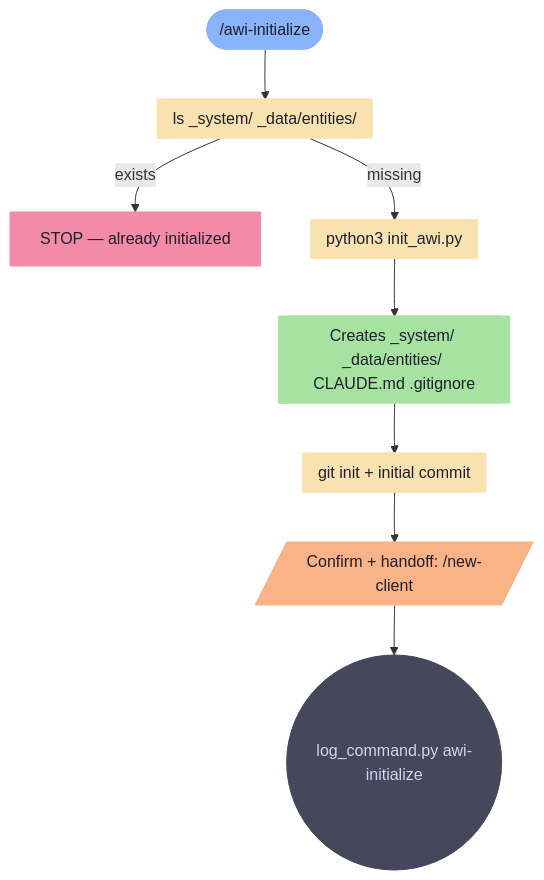
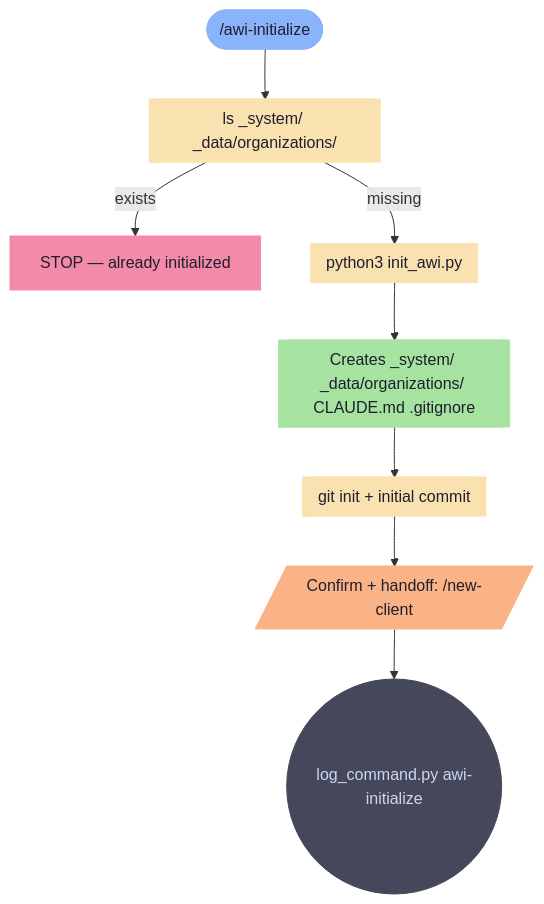
Before and after one commit to GuidoAmici/awi-core: the diagram in _system/agentic-workflow-integrator/skills/awi-initialize.md, drawn with Mermaid. The commit also changed 25 other files, not shown here.

````diff
--- a/_system/agentic-workflow-integrator/skills/awi-initialize.md
+++ b/_system/agentic-workflow-integrator/skills/awi-initialize.md
@@ -18,26 +18,26 @@
 ```mermaid
 graph TD
-    A(["/awi-initialize"]) --> B[["ls _system/ _data/entities/"]]
+    A(["/awi-initialize"]) --> B[["ls _system/ _data/organizations/"]]
     B -->|exists| C["STOP — already initialized"]
     B -->|missing| D[[python3 init_awi.py]]
-    D --> E[["Creates _system/ _data/entities/ CLAUDE.md .gitignore"]]
+    D --> E[["Creates _system/ _data/organizations/ CLAUDE.md .gitignore"]]
     E --> F[[git init + initial commit]]
     F --> G[/"Confirm + handoff: /new-client"/]
     G --> H((log_command.py awi-initialize))
 
     classDef entry  fill:#89b4fa,color:#1e1e2e,stroke:#89b4fa
     classDef ai     fill:#cba6f7,color:#1e1e2e,stroke:#cba6f7
     classDef read   fill:#94e2d5,color:#1e1e2e,stroke:#94e2d5
     classDef write  fill:#a6e3a1,color:#1e1e2e,stroke:#a6e3a1
     classDef shell  fill:#f9e2af,color:#1e1e2e,stroke:#f9e2af
     classDef user   fill:#fab387,color:#1e1e2e,stroke:#fab387
     classDef stop   fill:#f38ba8,color:#1e1e2e,stroke:#f38ba8
     classDef log    fill:#45475a,color:#cdd6f4,stroke:#45475a
 
     class A entry
     class B,D,F shell
     class C stop
     class E write
     class G user
     class H log
 ```
````
